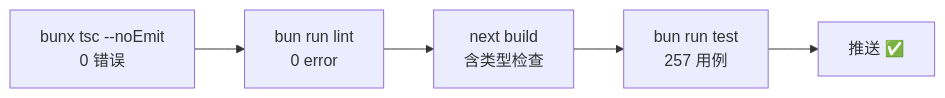
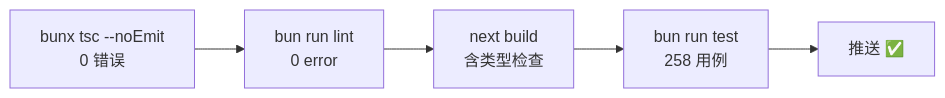
The diagram in docs/developer/07-testing-quality.md (YYC-Cube/YYC3-Baby-MoYu), drawn with Mermaid before and after one commit. The commit also changed other lines of this file and 36 other files, not shown here.

````diff
--- a/docs/developer/07-testing-quality.md
+++ b/docs/developer/07-testing-quality.md
@@ -5,4 +5,4 @@
 ```mermaid
 flowchart LR
-    T["bunx tsc --noEmit<br/>0 错误"] --> L["bun run lint<br/>0 error"] --> B["next build<br/>含类型检查"] --> U["bun run test<br/>257 用例"] --> P["推送 ✅"]
+    T["bunx tsc --noEmit<br/>0 错误"] --> L["bun run lint<br/>0 error"] --> B["next build<br/>含类型检查"] --> U["bun run test<br/>258 用例"] --> P["推送 ✅"]
 ```
````
